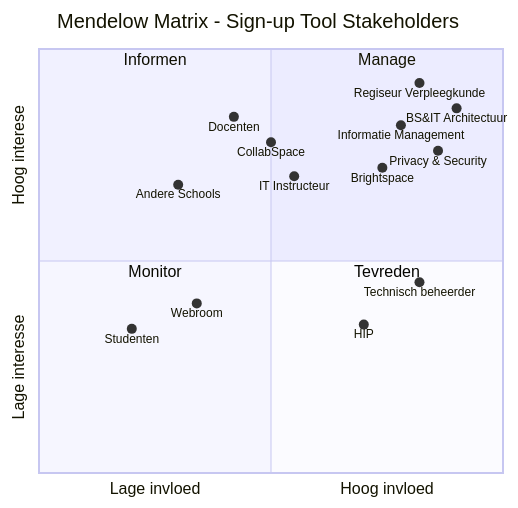
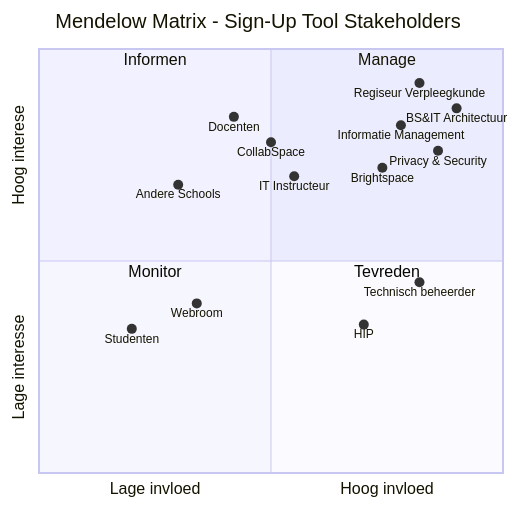
One commit to thedidymen/hanze-afstuderen changed the diagram in documents/analyseverslag/assets/diagrams/mendelow_matrix.mmd. Above: the diagram before and after it, drawn with Mermaid. The commit also changed 5 other files, not shown here.

```diff
--- a/documents/analyseverslag/assets/diagrams/mendelow_matrix.mmd
+++ b/documents/analyseverslag/assets/diagrams/mendelow_matrix.mmd
@@ -1,21 +1,21 @@
 quadrantChart
-    title Mendelow Matrix - Sign-up Tool Stakeholders
+    title Mendelow Matrix - Sign-Up Tool Stakeholders
     x-axis Lage invloed --> Hoog invloed
     y-axis Lage interesse --> Hoog interese
     quadrant-1 Manage
     quadrant-2 Informen
     quadrant-3 Monitor
     quadrant-4 Tevreden
     "Regiseur Verpleegkunde": [0.82, 0.92]
     "BS&IT Architectuur": [0.90, 0.86]
     "Informatie Management": [0.78, 0.82]
     "Privacy & Security": [0.86, 0.76]
     "Brightspace": [0.74, 0.72]
     "Technisch beheerder": [0.82, 0.45]
     "HIP": [0.70, 0.35]
     "Docenten": [0.42, 0.84]
     "Studenten": [0.20, 0.34]
     "IT Instructeur": [0.55, 0.70]
     "CollabSpace": [0.50, 0.78]
     "Andere Schools": [0.30, 0.68]
     "Webroom": [0.34, 0.40]
```
